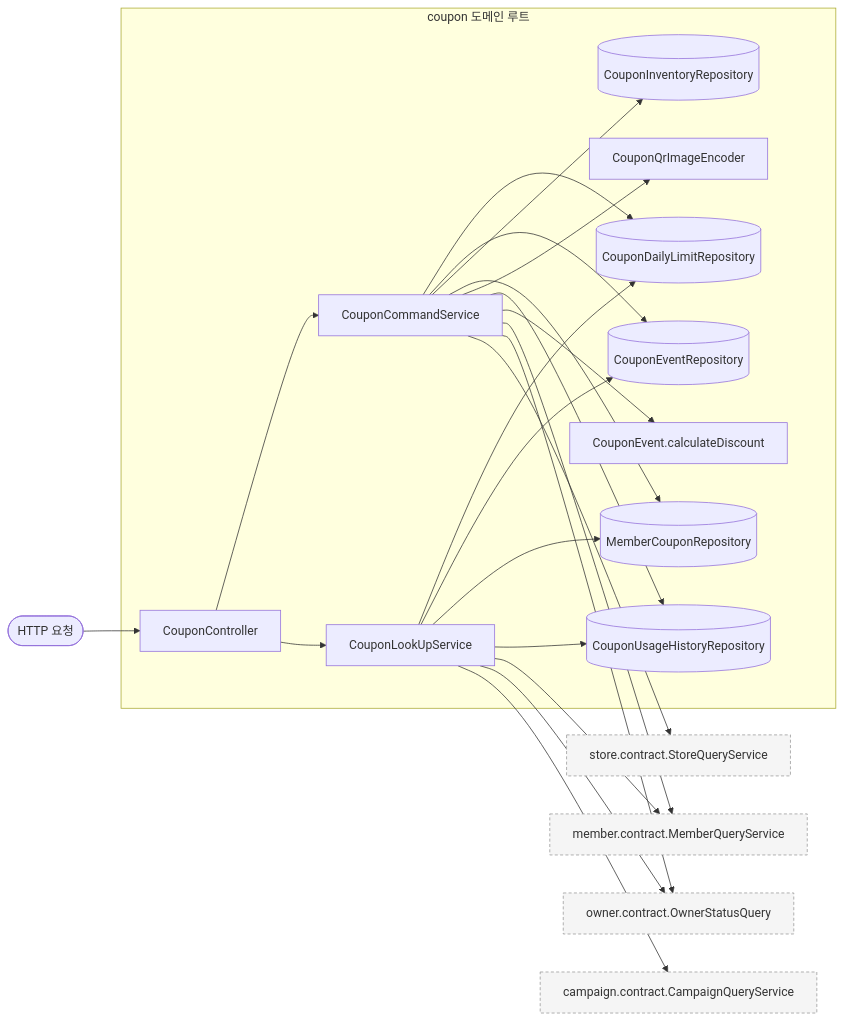
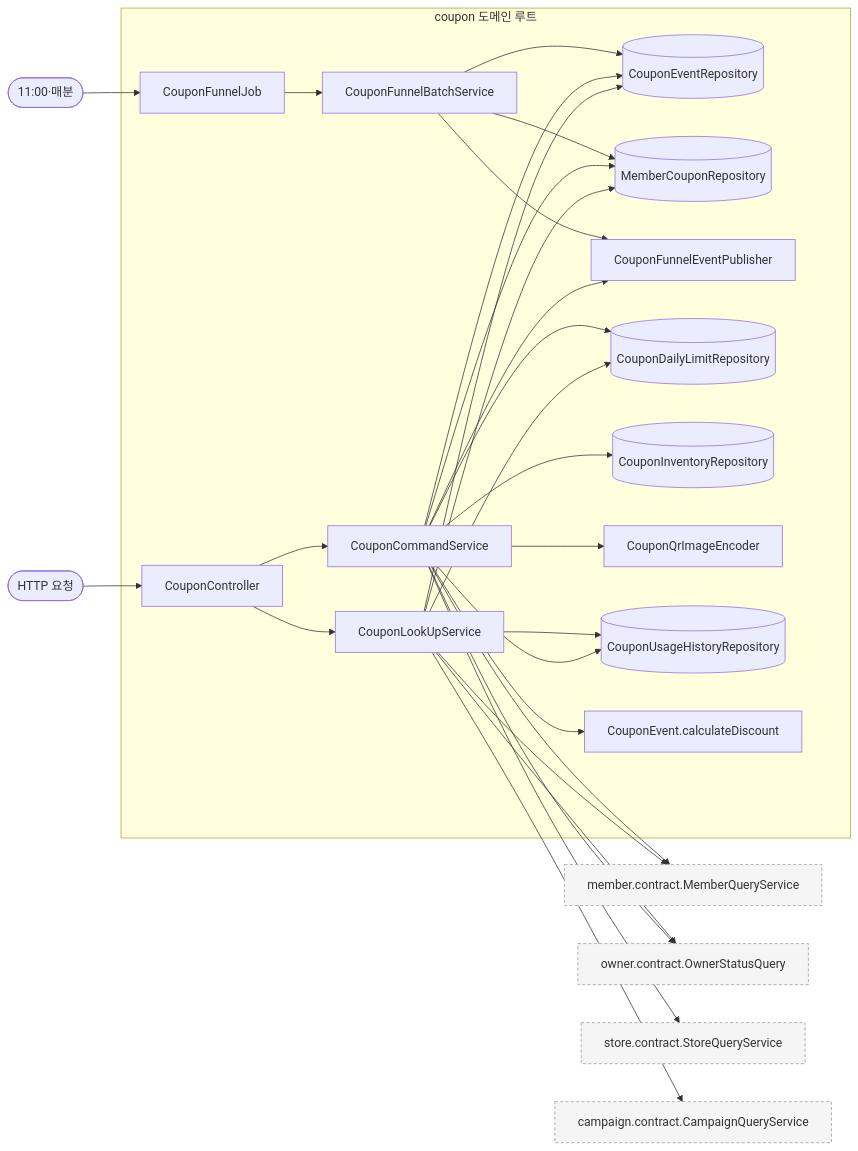
The first of 6 diagrams in docs/design/coupon/coupon_구조와_동작_설계.md (lunch-catch/lc-backend), drawn with Mermaid before and after one commit. The commit also changed other lines of this file and 17 other files, not shown here.

````diff
--- a/docs/design/coupon/coupon_구조와_동작_설계.md
+++ b/docs/design/coupon/coupon_구조와_동작_설계.md
@@ -155,27 +159,33 @@
 ```mermaid
 flowchart LR
     HTTP([HTTP 요청]) --> Controller[CouponController]
+    Time([11:00·매분]) --> Job[CouponFunnelJob]
     subgraph Coupon["coupon 도메인 루트"]
         Controller --> Command[CouponCommandService]
         Controller --> Lookup[CouponLookUpService]
+        Job --> Batch[CouponFunnelBatchService]
+        Batch --> Events
+        Batch --> Members
+        Batch --> Publisher[CouponFunnelEventPublisher]
+        Command --> Publisher
         Command --> Daily[(CouponDailyLimitRepository)]
         Command --> Events[(CouponEventRepository)]
         Command --> Inventory[(CouponInventoryRepository)]
         Command --> Members[(MemberCouponRepository)]
         Command --> Image[CouponQrImageEncoder]
         Lookup --> Daily
         Lookup --> Events
         Lookup --> Members
         Lookup --> History[(CouponUsageHistoryRepository)]
         Command --> History
         Command --> Discount[CouponEvent.calculateDiscount]
     end
     Command --> MemberQuery["member.contract.MemberQueryService"]
     Lookup --> MemberQuery
     Lookup --> OwnerQuery["owner.contract.OwnerStatusQuery"]
     Command --> OwnerQuery
     Command --> StoreQuery["store.contract.StoreQueryService"]
     Lookup --> CampaignQuery["campaign.contract.CampaignQueryService"]
     classDef outside fill:#f5f5f5,stroke:#999,stroke-dasharray:4 3
     class MemberQuery,OwnerQuery,CampaignQuery,StoreQuery outside
 ```
````
